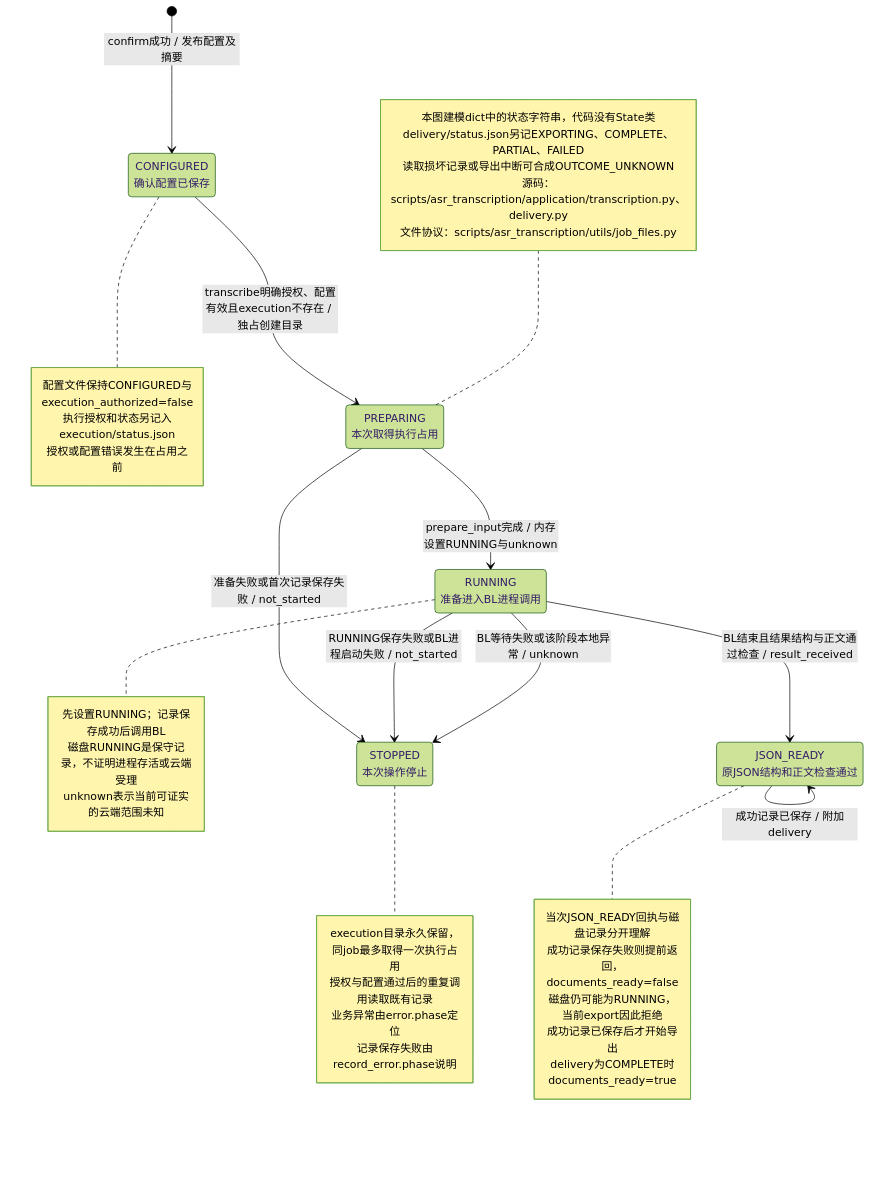
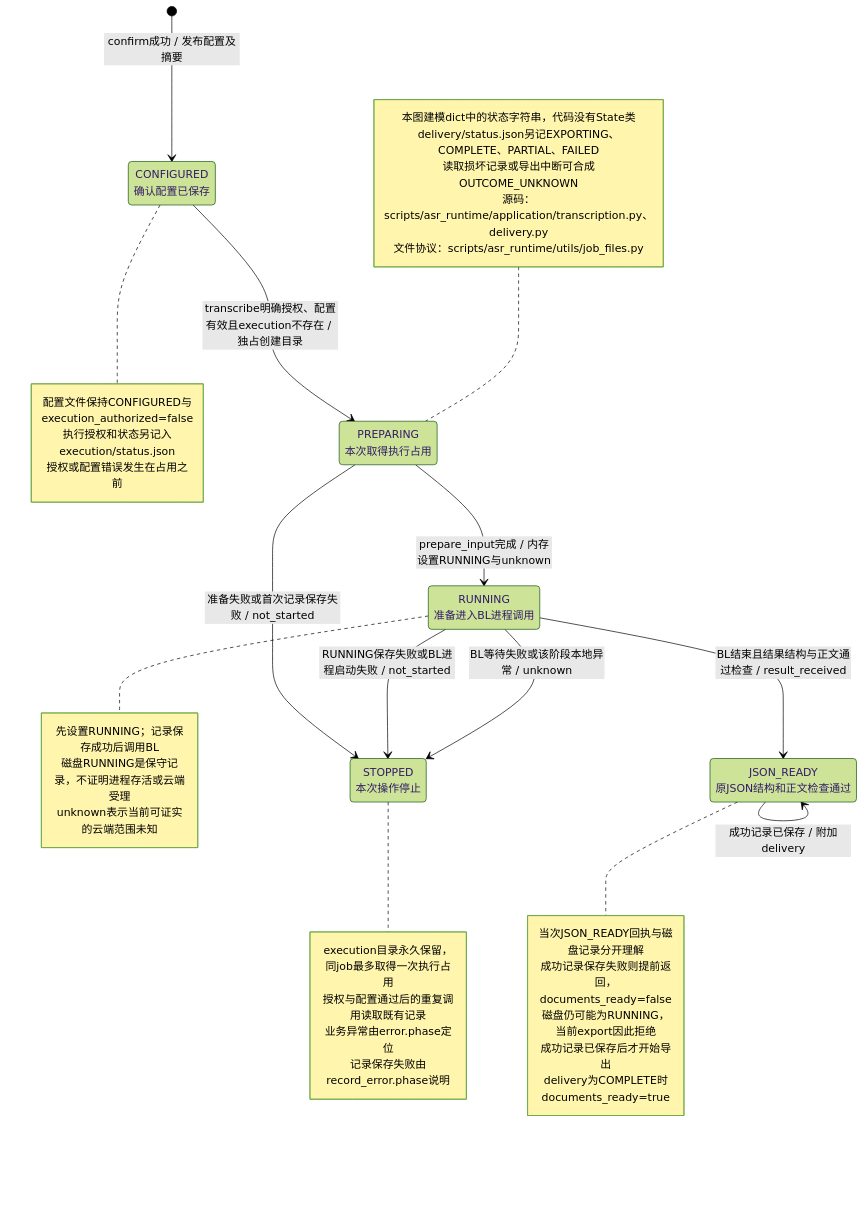
The diagram in doc/uml/07-state.mmd (hx101700/asr-agent), drawn with Mermaid (forest theme) before and after one commit. The commit also changed 85 other files, not shown here.

Commit message:
refactor: name the Python execution package asr_runtime

```diff
--- a/doc/uml/07-state.mmd
+++ b/doc/uml/07-state.mmd
@@ -1,45 +1,45 @@
 stateDiagram-v2
 direction TB
 state "CONFIGURED<br/>确认配置已保存" as Configured
 state "PREPARING<br/>本次取得执行占用" as Preparing
 state "RUNNING<br/>准备进入BL进程调用" as Running
 state "STOPPED<br/>本次操作停止" as Stopped
 state "JSON_READY<br/>原JSON结构和正文检查通过" as JsonReady
 [*] --> Configured : confirm成功 / 发布配置及摘要
 Configured --> Preparing : transcribe明确授权、配置有效且execution不存在 / 独占创建目录
 Preparing --> Running : prepare_input完成 / 内存设置RUNNING与unknown
 Preparing --> Stopped : 准备失败或首次记录保存失败 / not_started
 Running --> Stopped : RUNNING保存失败或BL进程启动失败 / not_started
 Running --> Stopped : BL等待失败或该阶段本地异常 / unknown
 Running --> JsonReady : BL结束且结果结构与正文通过检查 / result_received
 JsonReady --> JsonReady : 成功记录已保存 / 附加delivery
 note right of Configured
   配置文件保持CONFIGURED与execution_authorized=false
   执行授权和状态另记入execution/status.json
   授权或配置错误发生在占用之前
 end note
 note right of Running
   先设置RUNNING；记录保存成功后调用BL
   磁盘RUNNING是保守记录，不证明进程存活或云端受理
   unknown表示当前可证实的云端范围未知
 end note
 note right of Stopped
   execution目录永久保留，同job最多取得一次执行占用
   授权与配置通过后的重复调用读取既有记录
   业务异常由error.phase定位
   记录保存失败由record_error.phase说明
 end note
 note right of JsonReady
   当次JSON_READY回执与磁盘记录分开理解
   成功记录保存失败则提前返回，documents_ready=false
   磁盘仍可能为RUNNING，当前export因此拒绝
   成功记录已保存后才开始导出
   delivery为COMPLETE时documents_ready=true
 end note
 note left of Preparing
   本图建模dict中的状态字符串，代码没有State类
   delivery/status.json另记EXPORTING、COMPLETE、PARTIAL、FAILED
   读取损坏记录或导出中断可合成OUTCOME_UNKNOWN
-  源码：scripts/asr_transcription/application/transcription.py、delivery.py
-  文件协议：scripts/asr_transcription/utils/job_files.py
+  源码：scripts/asr_runtime/application/transcription.py、delivery.py
+  文件协议：scripts/asr_runtime/utils/job_files.py
 end note
```
